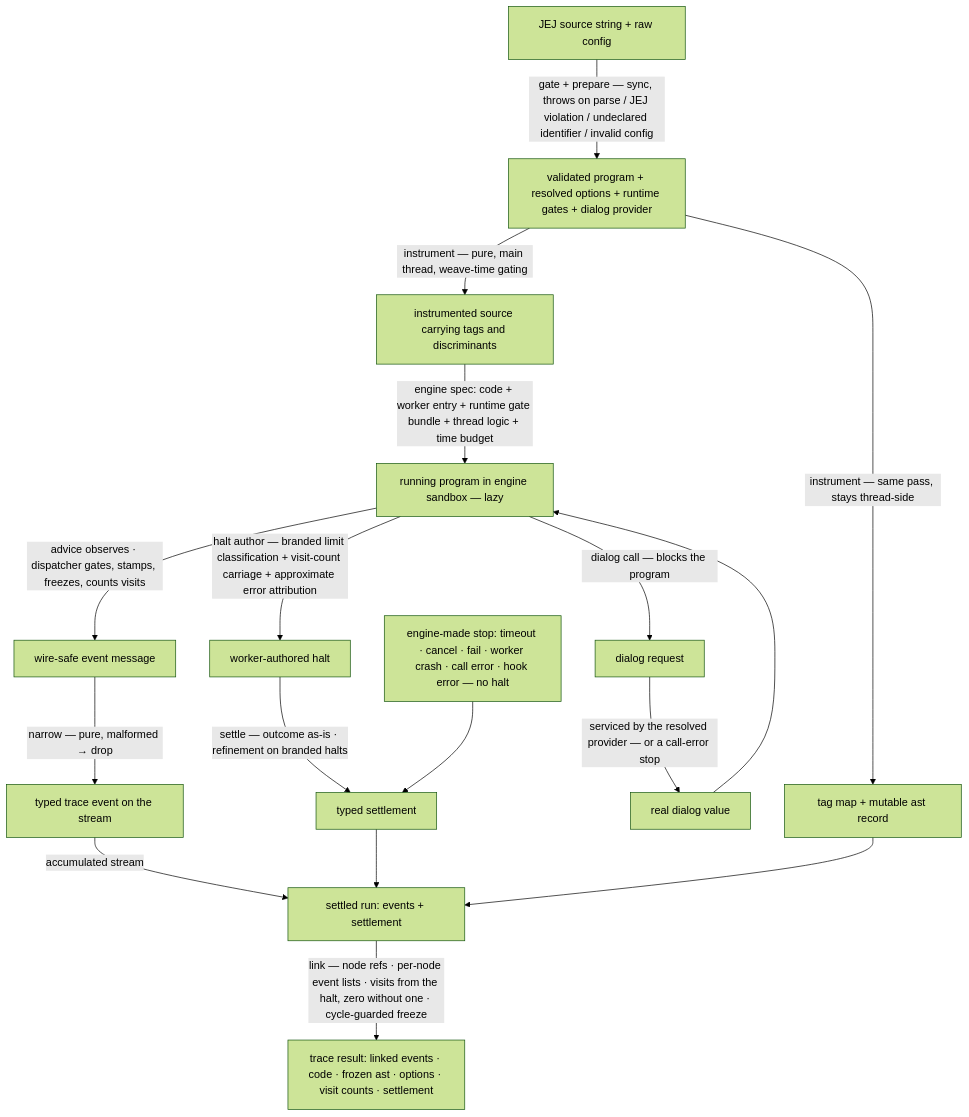
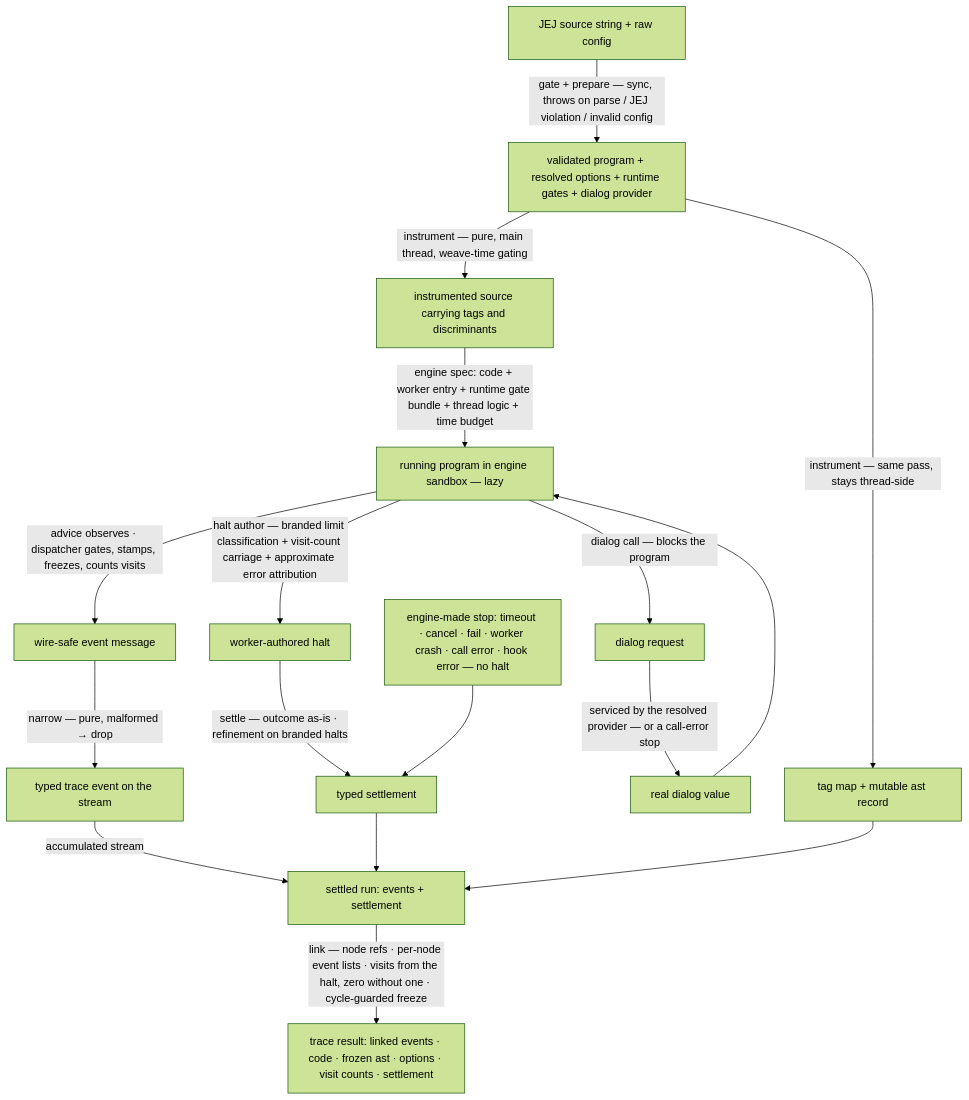
Before and after one commit to codeschoolinabox/curricula: the diagram in src/lib/study-lenses/embody/lib/evaluating/trace/semantics/DOCS.md, drawn with Mermaid (forest theme). The commit also changed other lines of this file and 3 other files, not shown here.

Commit message:
docs: gate never pre-empts runtime errors — ECMA-faithful throw fidelity (Phase 0 amendment)

````diff
--- a/src/lib/study-lenses/embody/lib/evaluating/trace/semantics/DOCS.md
+++ b/src/lib/study-lenses/embody/lib/evaluating/trace/semantics/DOCS.md
@@ -68,19 +70,19 @@
 ```mermaid
 flowchart TD
-    SRC[JEJ source string + raw config] -->|gate + prepare — sync, throws on parse / JEJ violation / undeclared identifier / invalid config| VALID[validated program + resolved options + runtime gates + dialog provider]
+    SRC[JEJ source string + raw config] -->|gate + prepare — sync, throws on parse / JEJ violation / invalid config| VALID[validated program + resolved options + runtime gates + dialog provider]
     VALID -->|instrument — pure, main thread, weave-time gating| CODE[instrumented source carrying tags and discriminants]
     VALID -->|instrument — same pass, stays thread-side| RECORD[tag map + mutable ast record]
     CODE -->|engine spec: code + worker entry + runtime gate bundle + thread logic + time budget| RUN[running program in engine sandbox — lazy]
     RUN -->|advice observes · dispatcher gates, stamps, freezes, counts visits| MSG[wire-safe event message]
     MSG -->|narrow — pure, malformed → drop| EVENT[typed trace event on the stream]
     RUN -->|dialog call — blocks the program| REQ[dialog request]
     REQ -->|serviced by the resolved provider — or a call-error stop| VAL[real dialog value]
     VAL --> RUN
     RUN -->|halt author — branded limit classification + visit-count carriage + approximate error attribution| HALT[worker-authored halt]
     HALT -->|settle — outcome as-is · refinement on branded halts| SETTLEMENT[typed settlement]
     STOP[engine-made stop: timeout · cancel · fail · worker crash · call error · hook error — no halt] --> SETTLEMENT
     EVENT -->|accumulated stream| LINKIN[settled run: events + settlement]
     SETTLEMENT --> LINKIN
     RECORD --> LINKIN
     LINKIN -->|link — node refs · per-node event lists · visits from the halt, zero without one · cycle-guarded freeze| RESULT[trace result: linked events · code · frozen ast · options · visit counts · settlement]
 ```
````
